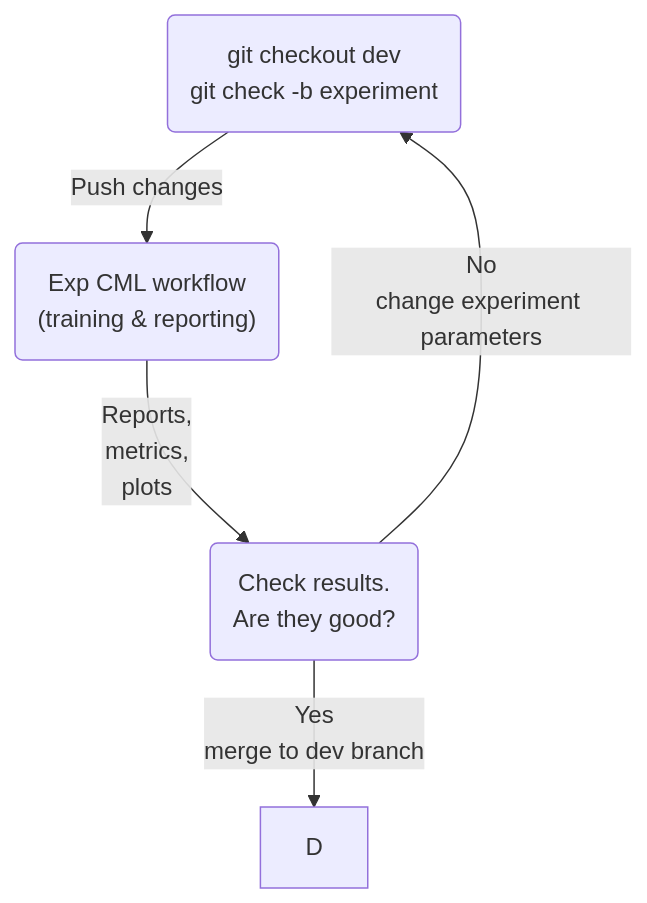
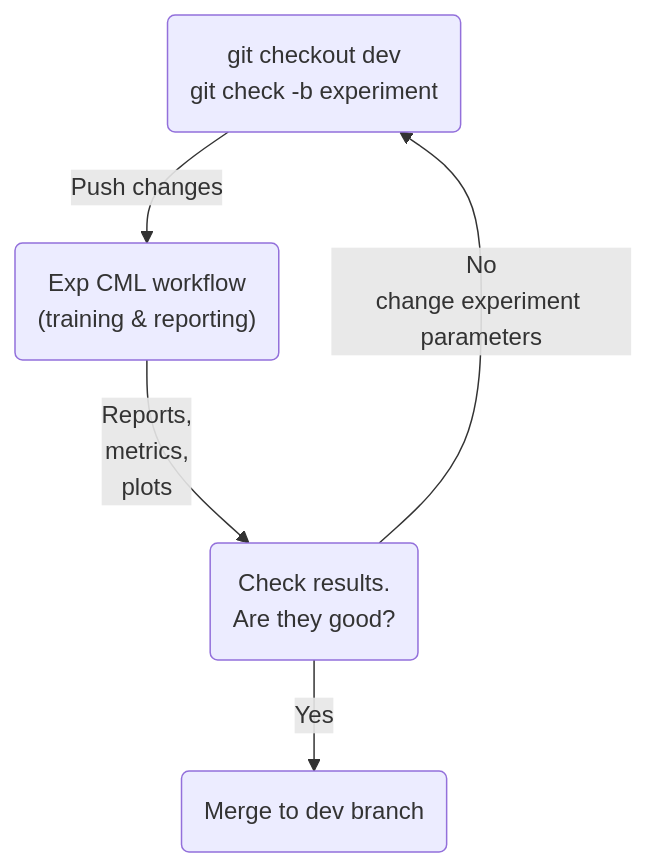
Before and after one commit to iterative/magnetic-tiles-defect: the first of 3 diagrams in README.md, drawn with Mermaid.

````diff
--- a/README.md
+++ b/README.md
@@ -30,7 +30,7 @@
 ```mermaid
 flowchart TB
 A(git checkout dev\ngit check -b experiment) -->|Push changes| B("Exp CML workflow\n(training & reporting)")
 B --> |Reports,\nmetrics,\nplots| C("Check results.\nAre they good?")
 C --> |No\nchange experiment parameters | A
-C -->|Yes\nmerge to dev branch| D
+C -->|Yes| D(Merge to dev branch)
 ```
````
